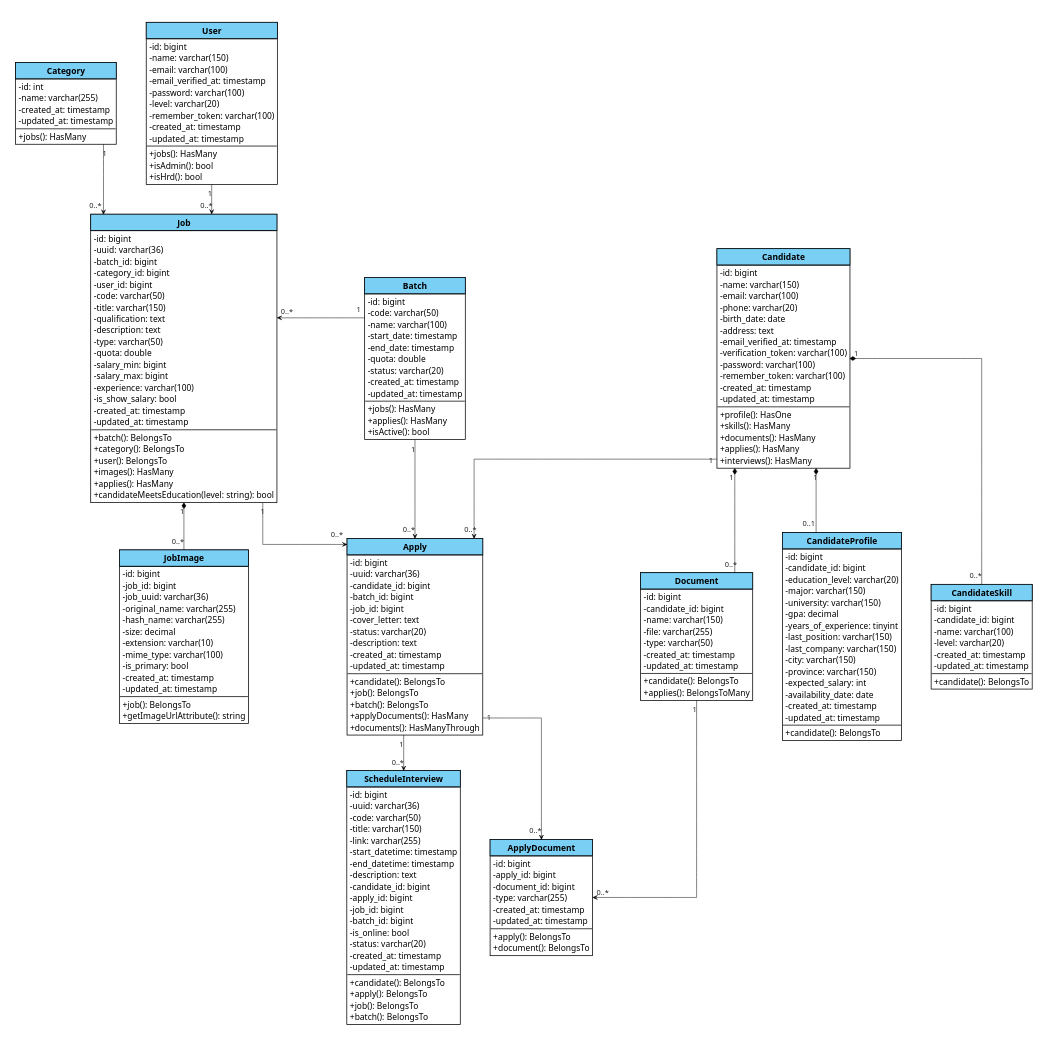
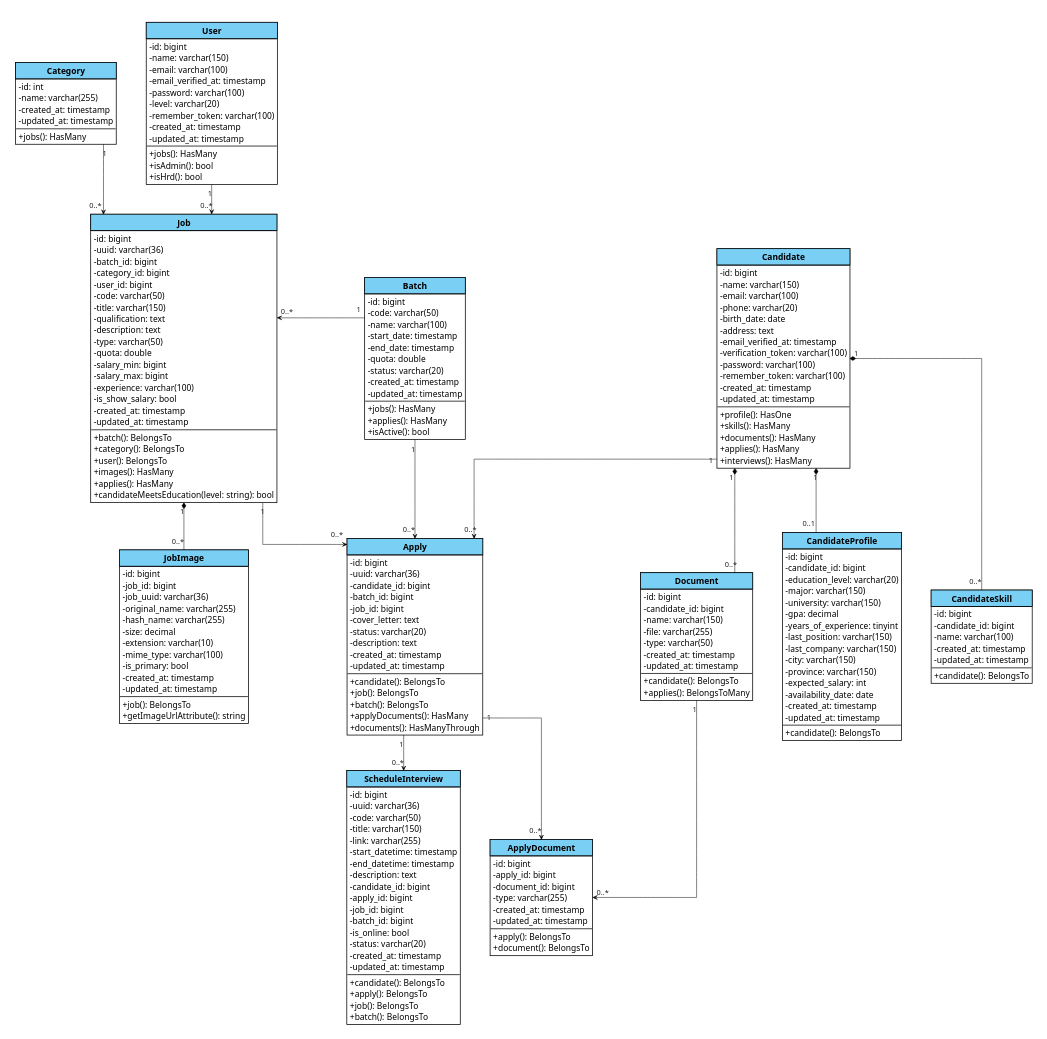
One commit to Madtive-Studio/klinik_keluarga_career changed the diagram in public/assets/diagrams/VP/Class_Diagram_No_Enum.puml. Above: the diagram before and after it, drawn with PlantUML. The commit also changed 16 other files, not shown here.

```diff
--- a/public/assets/diagrams/VP/Class_Diagram_No_Enum.puml
+++ b/public/assets/diagrams/VP/Class_Diagram_No_Enum.puml
@@ -236,7 +236,6 @@
     -id: bigint
     -candidate_id: bigint
     -name: varchar(100)
-    -level: varchar(20)
     -created_at: timestamp
     -updated_at: timestamp
     __
```
